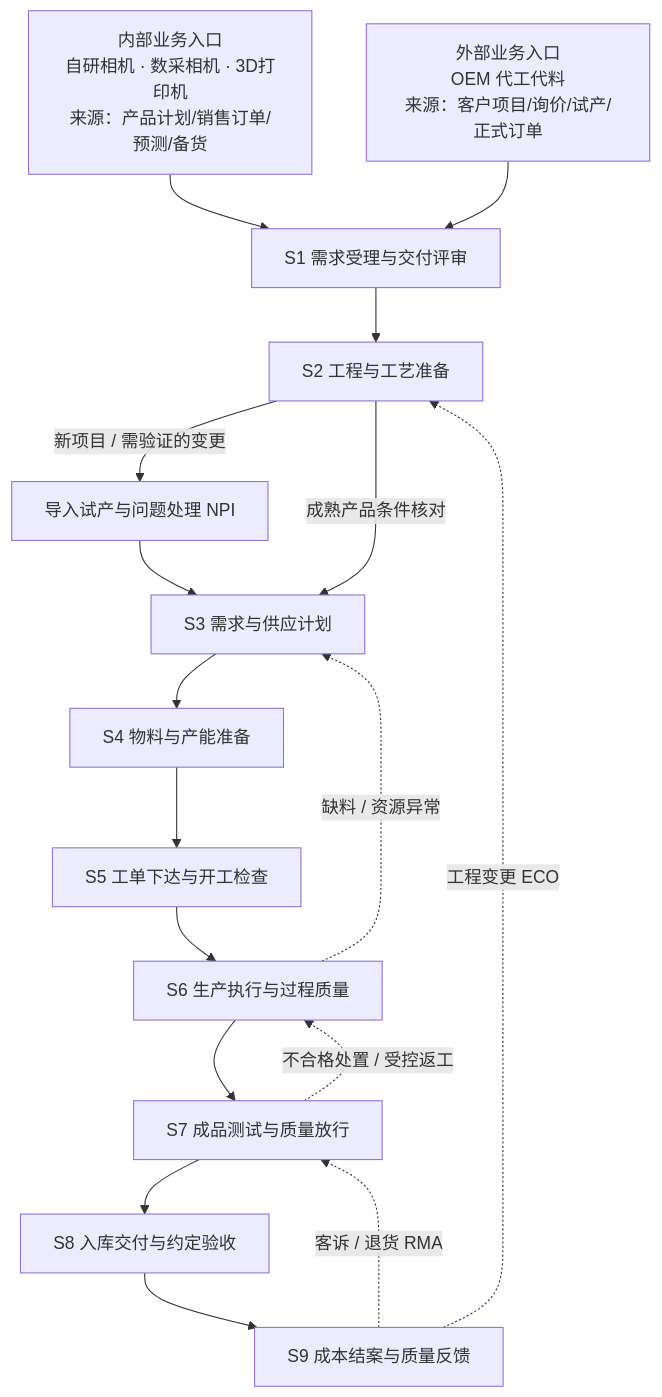
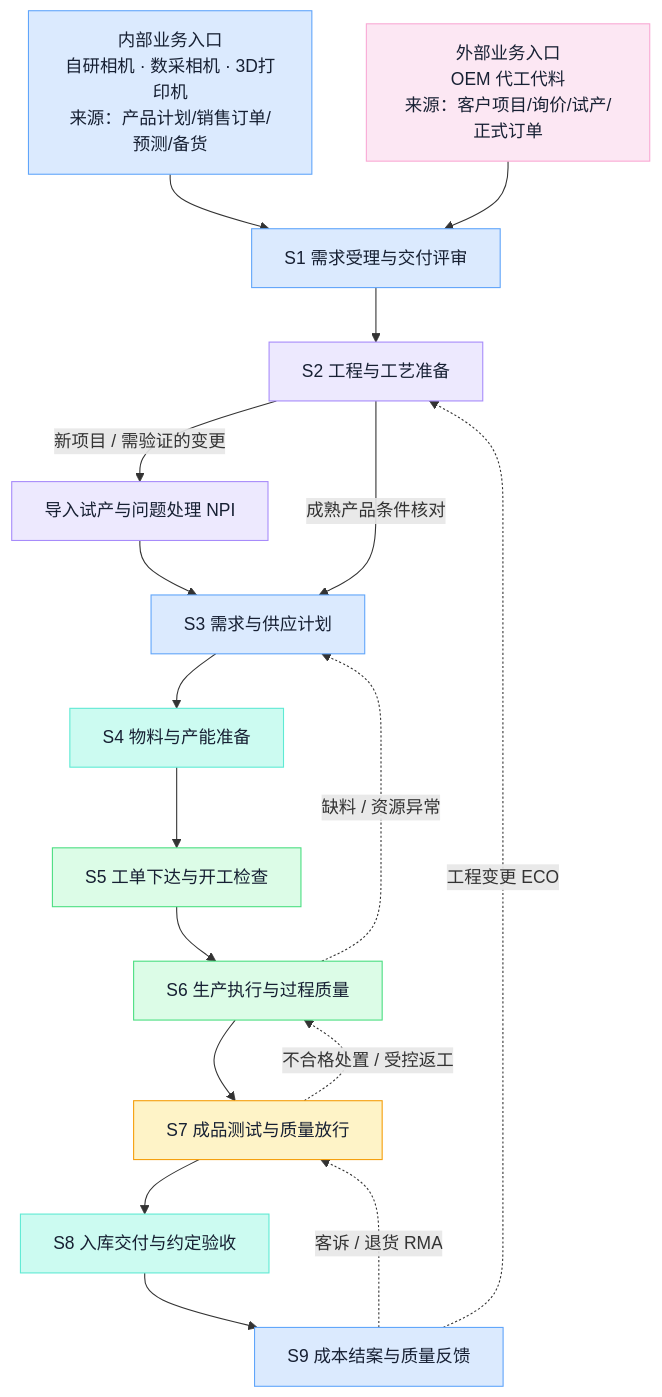
One commit to ink-hz/AI-Manufacturing-Platform changed the first of 16 diagrams in docs/manufacturing-system-handbook.md. Above: the diagram before and after it, drawn with Mermaid. The commit also changed other lines of this file, not shown here.

Commit message:
docs: publish maintained handbook diagram colors

````diff
--- a/docs/manufacturing-system-handbook.md
+++ b/docs/manufacturing-system-handbook.md
@@ -25,19 +25,33 @@
 ```mermaid
 flowchart TD
     A[内部业务入口<br/>自研相机 · 数采相机 · 3D打印机<br/>来源：产品计划/销售订单/预测/备货] --> C
     B[外部业务入口<br/>OEM 代工代料<br/>来源：客户项目/询价/试产/正式订单] --> C
     C[S1 需求受理与交付评审] --> D[S2 工程与工艺准备]
     D -->|新项目 / 需验证的变更| T[导入试产与问题处理 NPI]
     T --> E[S3 需求与供应计划]
     D -->|成熟产品条件核对| E
     E --> F[S4 物料与产能准备]
     F --> G[S5 工单下达与开工检查]
     G --> H[S6 生产执行与过程质量]
     H --> I[S7 成品测试与质量放行]
     I --> J[S8 入库交付与约定验收]
     J --> K[S9 成本结案与质量反馈]
     H -.缺料 / 资源异常.-> E
     I -.不合格处置 / 受控返工.-> H
     K -.工程变更 ECO.-> D
     K -.客诉 / 退货 RMA.-> I
+    class A,C,E,K biz
+    class B cust
+    class D,T eng
+    class F,J flow
+    class G,H exec
+    class I qa
+    classDef biz fill:#DBEAFE,stroke:#60A5FA,color:#172033;
+    classDef eng fill:#EDE9FE,stroke:#A78BFA,color:#172033;
+    classDef flow fill:#CCFBF1,stroke:#5EEAD4,color:#172033;
+    classDef exec fill:#DCFCE7,stroke:#4ADE80,color:#172033;
+    classDef qa fill:#FEF3C7,stroke:#F59E0B,color:#172033;
+    classDef risk fill:#FEE2E2,stroke:#F87171,color:#172033;
+    classDef cust fill:#FCE7F3,stroke:#F9A8D4,color:#172033;
+    classDef store fill:#F3F4F6,stroke:#9CA3AF,color:#172033;
 ```
````
